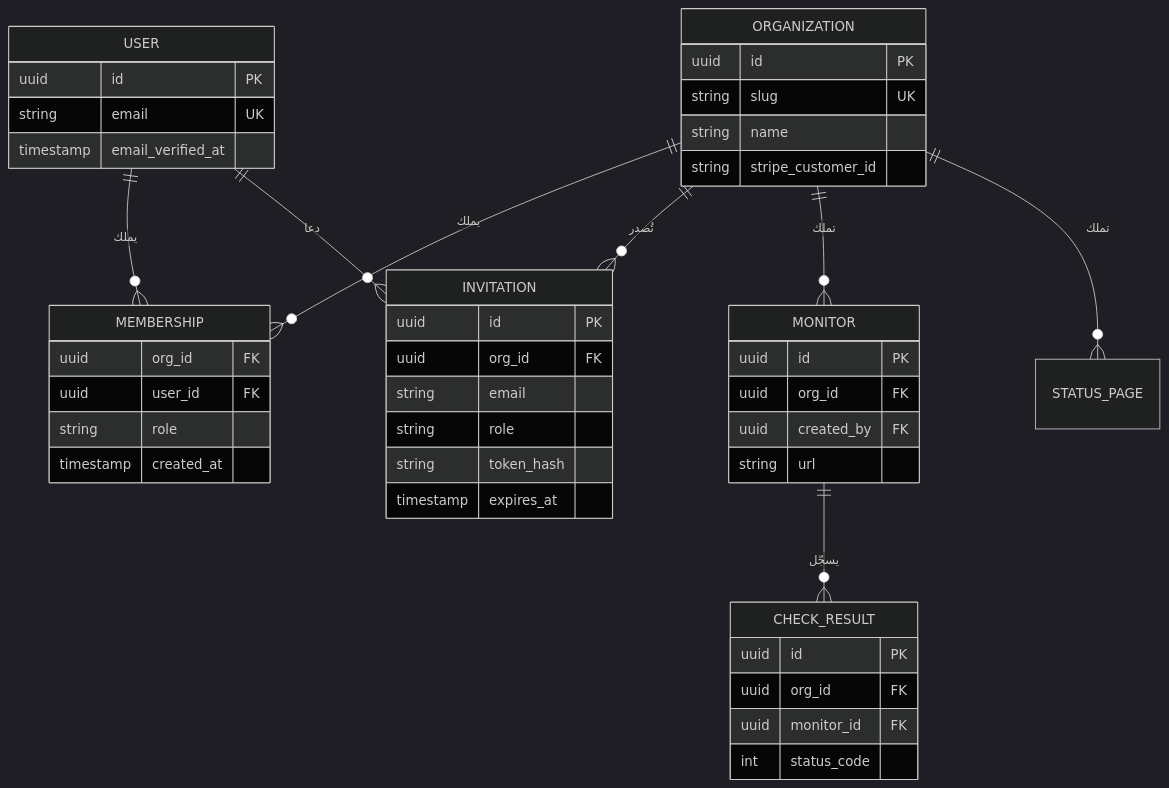
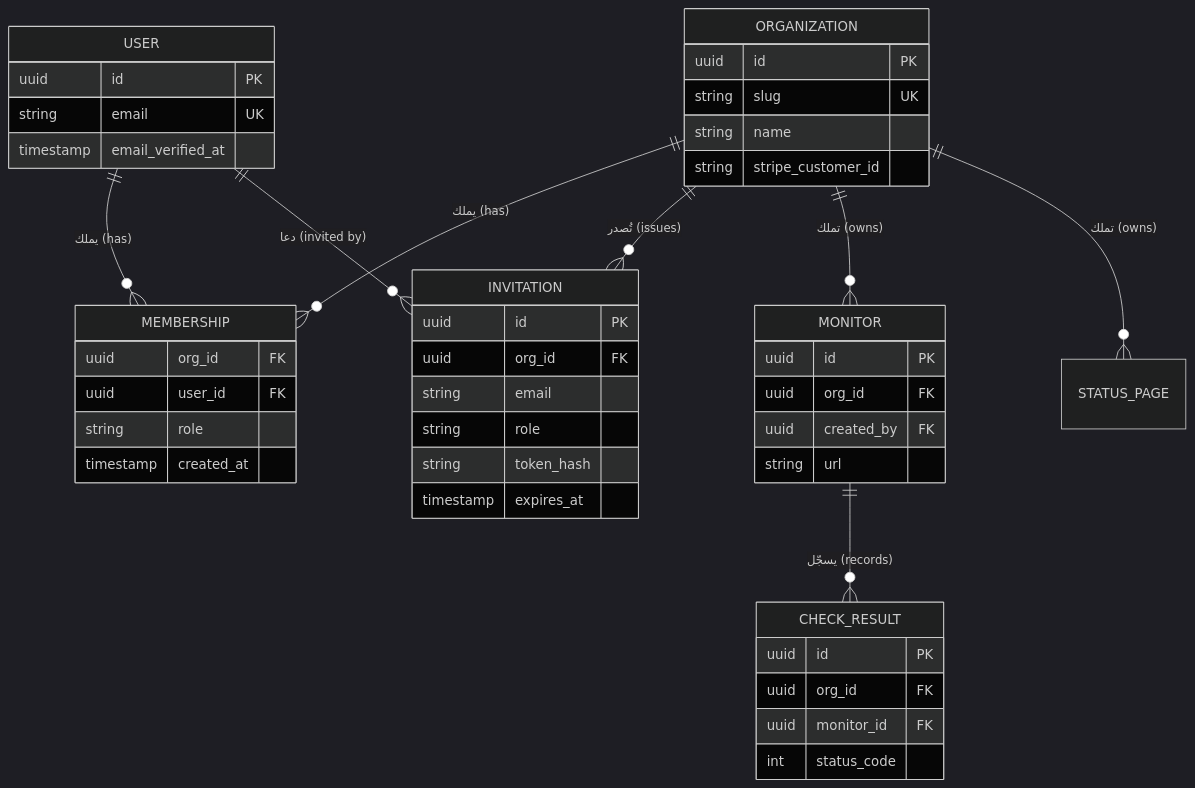
The second of 5 diagrams in saas/modules/01-identity-access.ar.md (Tamoura/system-design-for-vibe-coders), drawn with Mermaid (dark theme) before and after one commit. The commit also changed other lines of this file and 62 other files, not shown here.

First line of the commit message:
Arabic editions: English on every diagram label, RTL fixes, rebuild

````diff
--- a/saas/modules/01-identity-access.ar.md
+++ b/saas/modules/01-identity-access.ar.md
@@ -332,47 +332,47 @@
 ```mermaid
 erDiagram
-    USER ||--o{ MEMBERSHIP : "يملك"
-    ORGANIZATION ||--o{ MEMBERSHIP : "يملك"
-    ORGANIZATION ||--o{ INVITATION : "تُصدر"
-    USER ||--o{ INVITATION : "دعا"
-    ORGANIZATION ||--o{ MONITOR : "تملك"
-    ORGANIZATION ||--o{ STATUS_PAGE : "تملك"
-    MONITOR ||--o{ CHECK_RESULT : "يسجّل"
+    USER ||--o{ MEMBERSHIP : "يملك (has)"
+    ORGANIZATION ||--o{ MEMBERSHIP : "يملك (has)"
+    ORGANIZATION ||--o{ INVITATION : "تُصدر (issues)"
+    USER ||--o{ INVITATION : "دعا (invited by)"
+    ORGANIZATION ||--o{ MONITOR : "تملك (owns)"
+    ORGANIZATION ||--o{ STATUS_PAGE : "تملك (owns)"
+    MONITOR ||--o{ CHECK_RESULT : "يسجّل (records)"
     USER {
         uuid id PK
         string email UK
         timestamp email_verified_at
     }
     ORGANIZATION {
         uuid id PK
         string slug UK
         string name
         string stripe_customer_id
     }
     MEMBERSHIP {
         uuid org_id FK
         uuid user_id FK
         string role
         timestamp created_at
     }
     INVITATION {
         uuid id PK
         uuid org_id FK
         string email
         string role
         string token_hash
         timestamp expires_at
     }
     MONITOR {
         uuid id PK
         uuid org_id FK
         uuid created_by FK
         string url
     }
     CHECK_RESULT {
         uuid id PK
         uuid org_id FK
         uuid monitor_id FK
         int status_code
     }
 ```
````
